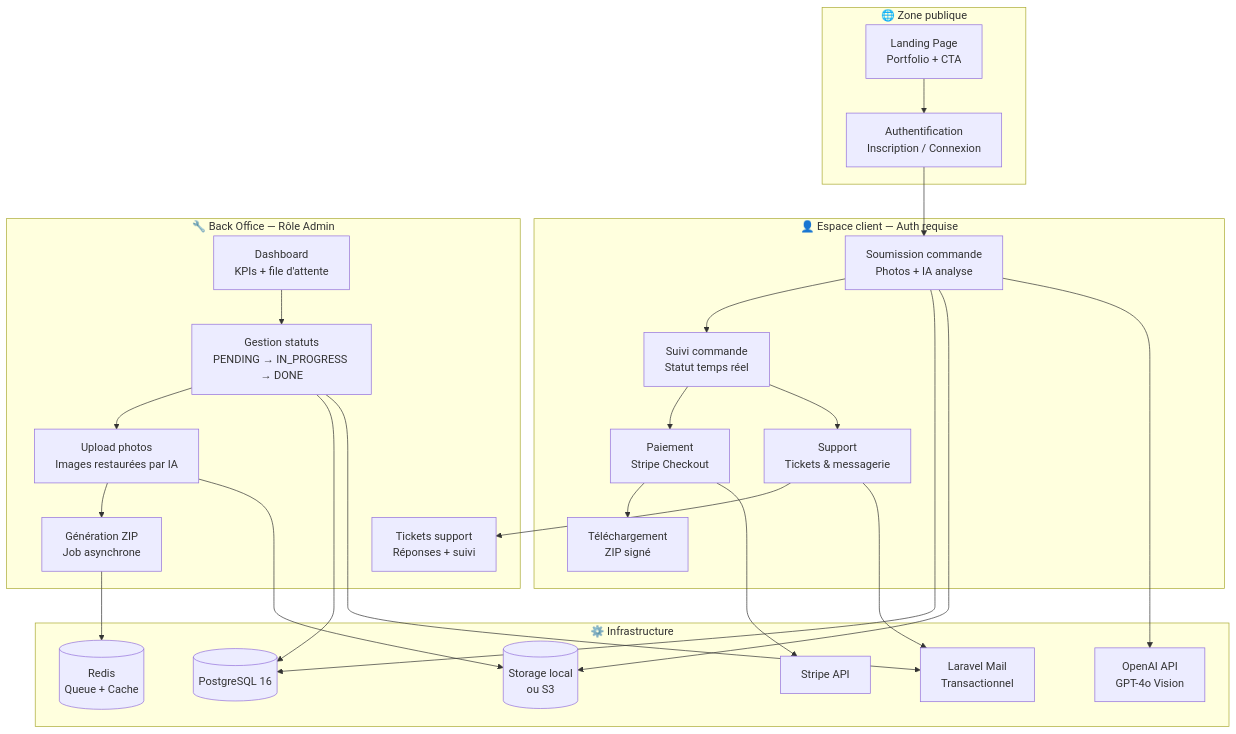
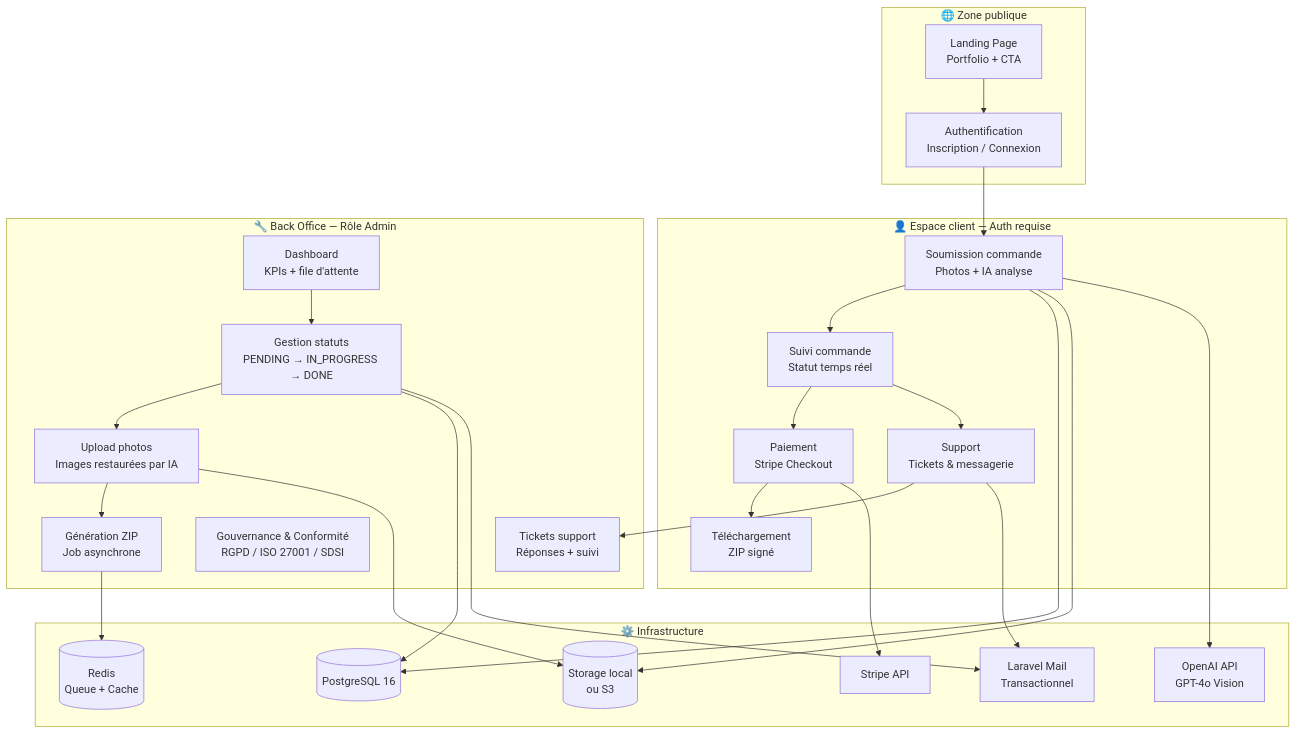
Before and after one commit to zyrass/OmnyRestore: the first of 2 diagrams in README.md, drawn with Mermaid. The commit also changed other lines of this file and 12 other files, not shown here.

````diff
--- a/README.md
+++ b/README.md
@@ -59,46 +59,47 @@
 ```mermaid
 graph TB
     subgraph PUBLIC["🌐 Zone publique"]
         V[Landing Page<br/>Portfolio + CTA]
         AUTH[Authentification<br/>Inscription / Connexion]
     end
 
     subgraph CLIENT["👤 Espace client — Auth requise"]
         DC[Soumission commande<br/>Photos + IA analyse]
         SUIVI[Suivi commande<br/>Statut temps réel]
         TICKET[Support<br/>Tickets & messagerie]
         PAY[Paiement<br/>Stripe Checkout]
         DL[Téléchargement<br/>ZIP signé]
     end
 
     subgraph ADMIN["🔧 Back Office — Rôle Admin"]
         DASH[Dashboard<br/>KPIs + file d'attente]
         GES[Gestion statuts<br/>PENDING → IN_PROGRESS → DONE]
         UPLOAD[Upload photos<br/>Images restaurées par IA]
         TICKETS_ADM[Tickets support<br/>Réponses + suivi]
+        GOV[Gouvernance & Conformité<br/>RGPD / ISO 27001 / SDSI]
         ZIP_GEN[Génération ZIP<br/>Job asynchrone]
     end
 
     subgraph INFRA["⚙️ Infrastructure"]
         DB[(PostgreSQL 16)]
         STORAGE[(Storage local<br/>ou S3)]
         REDIS[(Redis<br/>Queue + Cache)]
         STRIPE_API[Stripe API]
         AI[OpenAI API<br/>GPT-4o Vision]
         MAIL[Laravel Mail<br/>Transactionnel]
     end
 
     V --> AUTH --> DC --> SUIVI --> PAY --> DL
     SUIVI --> TICKET --> TICKETS_ADM
     DASH --> GES --> UPLOAD --> ZIP_GEN
 
     DC --> DB
     DC --> STORAGE
     GES --> DB
     UPLOAD --> STORAGE
     ZIP_GEN --> REDIS
     PAY --> STRIPE_API
     DC --> AI
     GES --> MAIL
     TICKET --> MAIL
 ```
````
